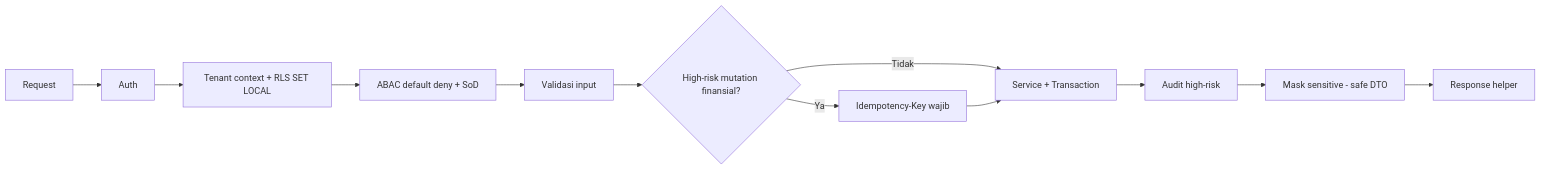
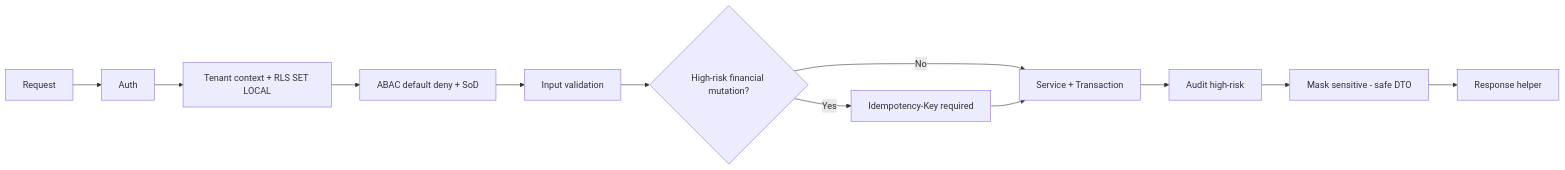
The second of 2 diagrams in docs/awcms/20_threat_model_security_architecture.md (ahliweb/awcms), drawn with Mermaid before and after one commit. The commit also changed other lines of this file and 603 other files, not shown here.

````diff
--- a/docs/awcms/20_threat_model_security_architecture.md
+++ b/docs/awcms/20_threat_model_security_architecture.md
@@ -84,14 +86,14 @@
 ```mermaid
 flowchart LR
   Req[Request] --> Auth[Auth]
   Auth --> Tenant[Tenant context + RLS SET LOCAL]
   Tenant --> ABAC[ABAC default deny + SoD]
-  ABAC --> Valid[Validasi input]
-  Valid --> Idem{High-risk mutation finansial?}
-  Idem -- Ya --> Key[Idempotency-Key wajib]
-  Idem -- Tidak --> Svc[Service + Transaction]
+  ABAC --> Valid[Input validation]
+  Valid --> Idem{High-risk financial mutation?}
+  Idem -- Yes --> Key[Idempotency-Key required]
+  Idem -- No --> Svc[Service + Transaction]
   Key --> Svc
   Svc --> Audit[Audit high-risk]
   Audit --> Mask[Mask sensitive - safe DTO]
   Mask --> Res[Response helper]
 ```
````
